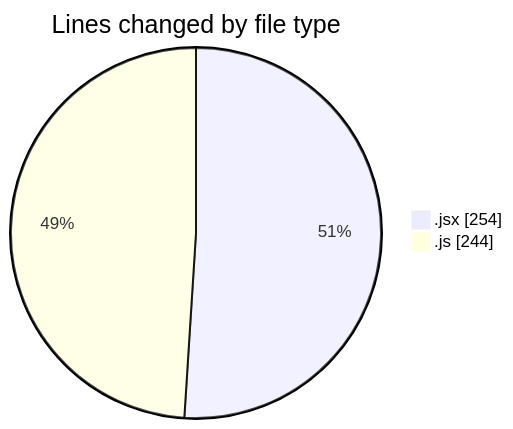
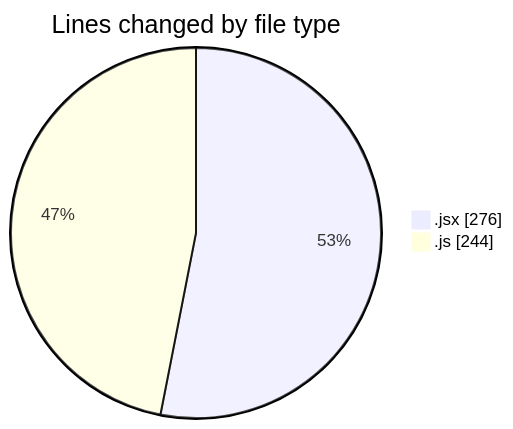
The first of 2 diagrams in 2025-12-14/nxtqube_webapp/README.md (nxtqubesakshisongat/code-tracking), drawn with Mermaid before and after one commit. The commit also changed other lines of this file and 1 other file, not shown here.

````diff
--- a/2025-12-14/nxtqube_webapp/README.md
+++ b/2025-12-14/nxtqube_webapp/README.md
@@ -22,6 +22,6 @@
 ```mermaid
 pie showData
 title Lines changed by file type
-".jsx" : 254
+".jsx" : 276
 ".js" : 244
 ```
````
